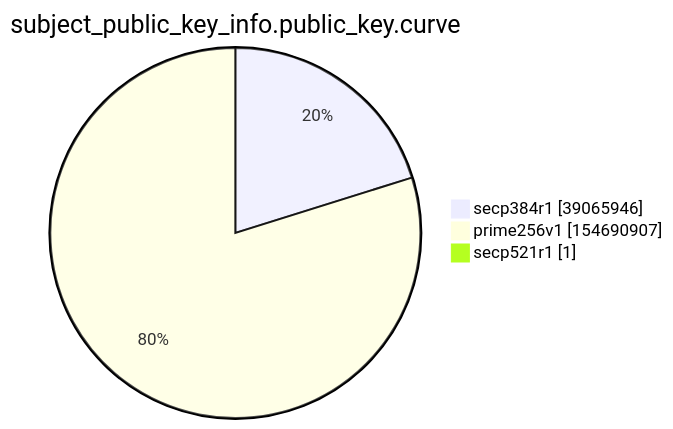
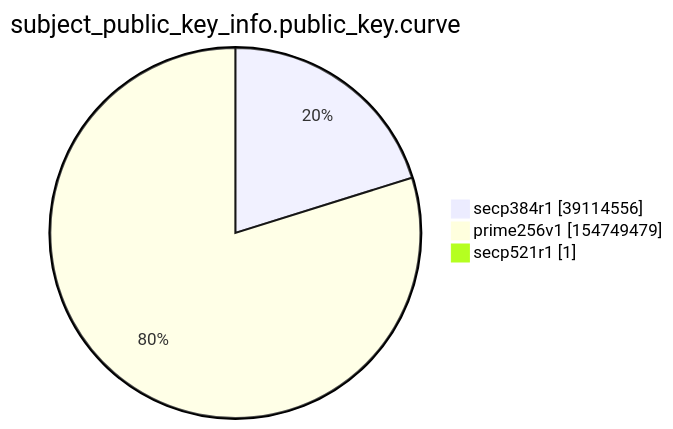
One commit to christiankrug/ctmonitor_visualization changed the ninth of 15 diagrams in xenon2022/README.md. Above: the diagram before and after it, drawn with Mermaid. The commit also changed other lines of this file, not shown here.

````diff
--- a/xenon2022/README.md
+++ b/xenon2022/README.md
@@ -2863,7 +2863,7 @@
 ```mermaid
 pie showData
 title subject_public_key_info.public_key.curve
-"secp384r1" :39065946
-"prime256v1" :154690907
+"secp384r1" :39114556
+"prime256v1" :154749479
 "secp521r1" :1
 ```
````
